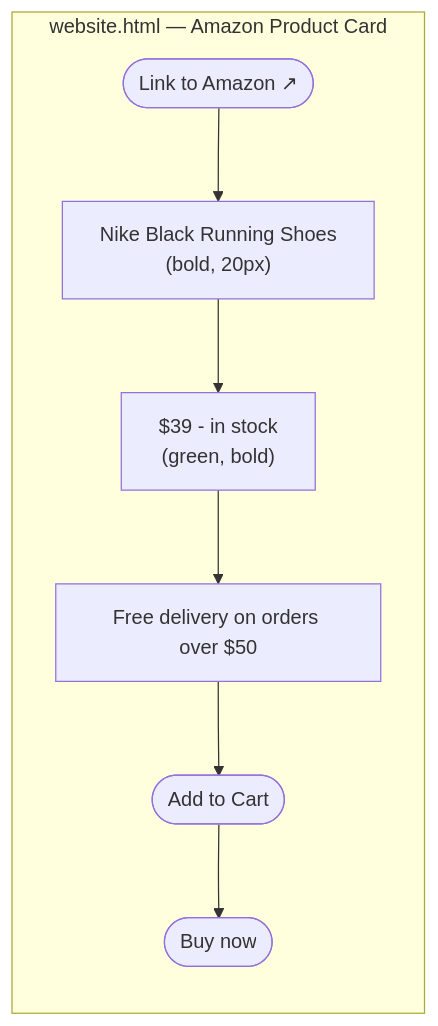
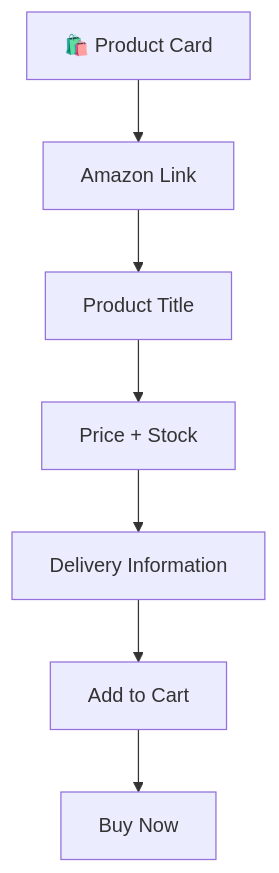
Before and after one commit to Betha-hemanth/HTML-and-CSS: the fifth of 12 diagrams in README.md, drawn with Mermaid. The commit also changed other lines of this file, not shown here.

````diff
--- a/README.md
+++ b/README.md
@@ -125,13 +176,9 @@
 ```mermaid
-flowchart TB
-    subgraph Card["website.html — Amazon Product Card"]
-        direction TB
-        Link(["Link to Amazon ↗"])
-        Title["Nike Black Running Shoes\n(bold, 20px)"]
-        Price["$39 - in stock\n(green, bold)"]
-        Ship["Free delivery on orders over $50"]
-        Cart(["Add to Cart"])
-        Buy(["Buy now"])
-        Link --> Title --> Price --> Ship --> Cart --> Buy
-    end
+flowchart TD
+    A["🛍️ Product Card"] --> B["Amazon Link"]
+    B --> C["Product Title"]
+    C --> D["Price + Stock"]
+    D --> E["Delivery Information"]
+    E --> F["Add to Cart"]
+    F --> G["Buy Now"]
 ```
````
